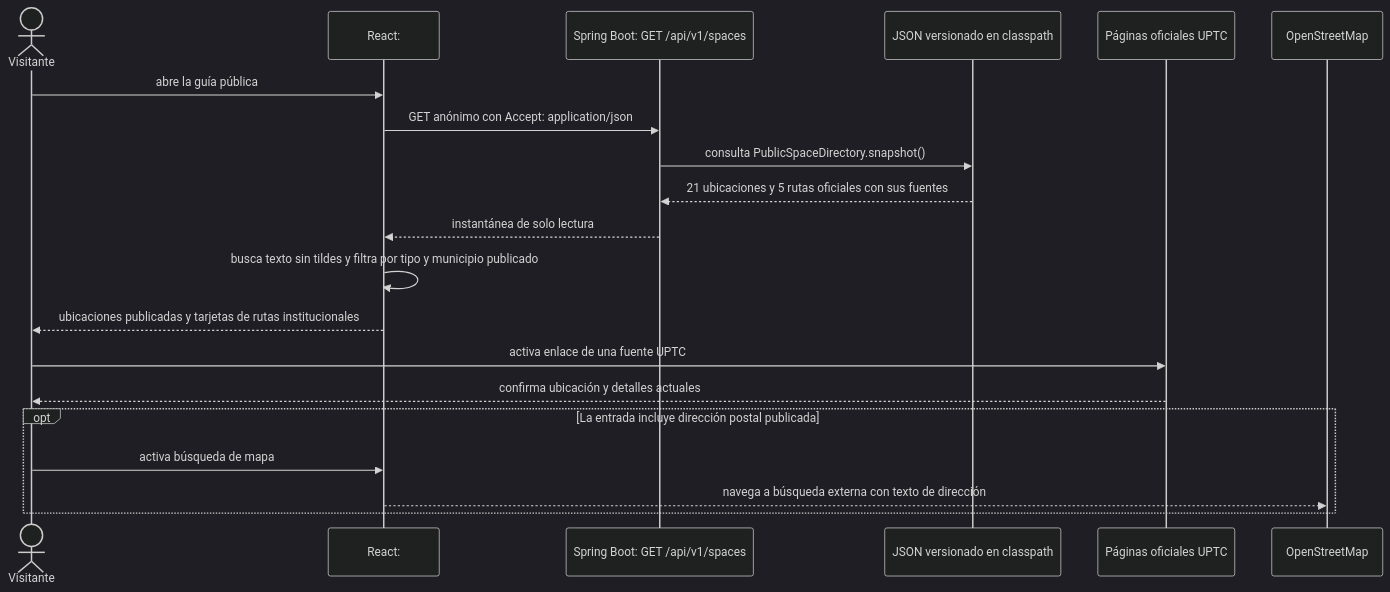
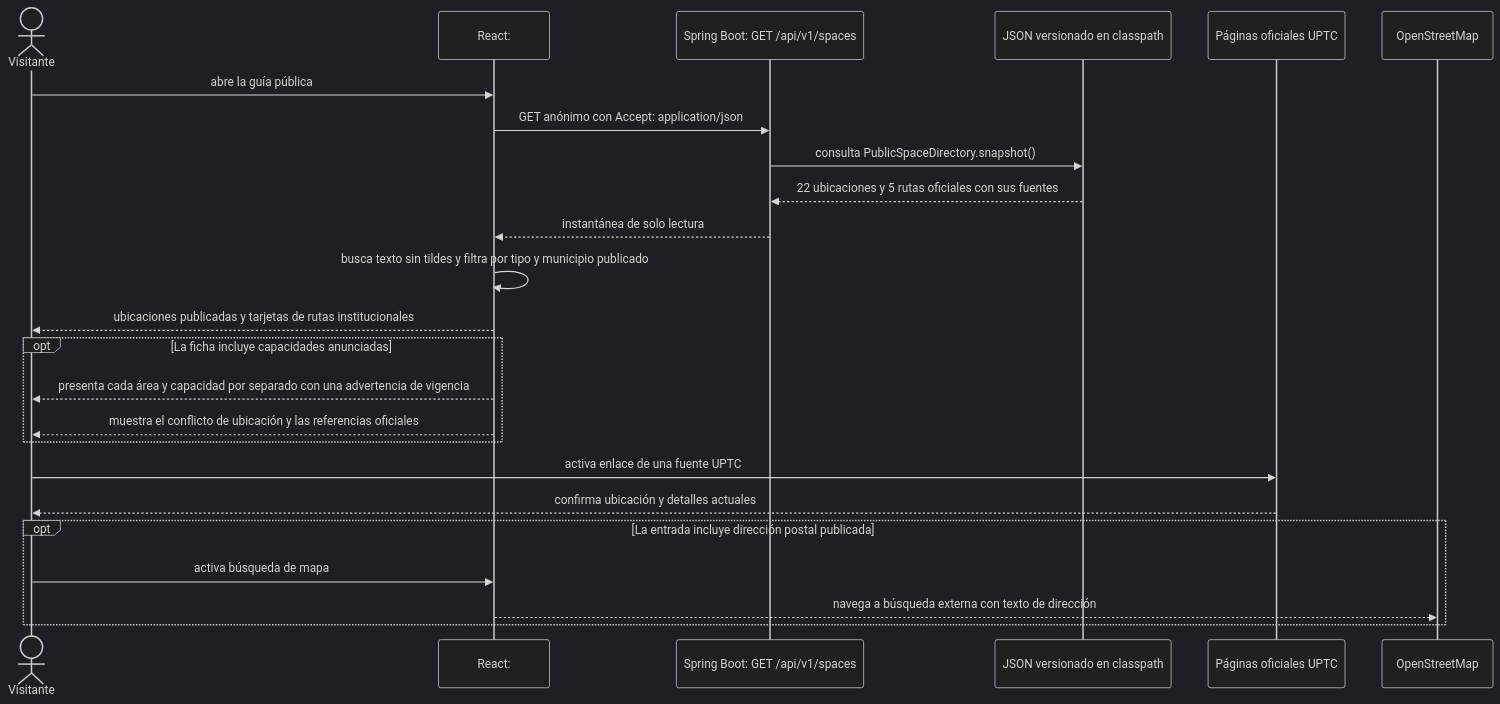
Diagram 33 of 38 in docs/architecture/process-flows.md (jdsalasca/open-university-backend), drawn with Mermaid (dark theme) before and after one commit. The commit also changed other lines of this file and 15 other files, not shown here.

Commit message:
Publicar capacidades anunciadas de Biblioteca de Música

````diff
--- a/docs/architecture/process-flows.md
+++ b/docs/architecture/process-flows.md
@@ -1359,23 +1359,27 @@
 ```mermaid
 sequenceDiagram
   actor Visitor as Visitante
   participant React as React: #espacios
   participant API as Spring Boot: GET /api/v1/spaces
   participant Catalog as JSON versionado en classpath
   participant Source as Páginas oficiales UPTC
   participant OSM as OpenStreetMap
 
   Visitor->>React: abre la guía pública
   React->>API: GET anónimo con Accept: application/json
   API->>Catalog: consulta PublicSpaceDirectory.snapshot()
-  Catalog-->>API: 21 ubicaciones y 5 rutas oficiales con sus fuentes
+  Catalog-->>API: 22 ubicaciones y 5 rutas oficiales con sus fuentes
   API-->>React: instantánea de solo lectura
   React->>React: busca texto sin tildes y filtra por tipo y municipio publicado
   React-->>Visitor: ubicaciones publicadas y tarjetas de rutas institucionales
+  opt La ficha incluye capacidades anunciadas
+    React-->>Visitor: presenta cada área y capacidad por separado con una advertencia de vigencia
+    React-->>Visitor: muestra el conflicto de ubicación y las referencias oficiales
+  end
   Visitor->>Source: activa enlace de una fuente UPTC
   Source-->>Visitor: confirma ubicación y detalles actuales
   opt La entrada incluye dirección postal publicada
     Visitor->>React: activa búsqueda de mapa
     React-->>OSM: navega a búsqueda externa con texto de dirección
   end
 ```
````
